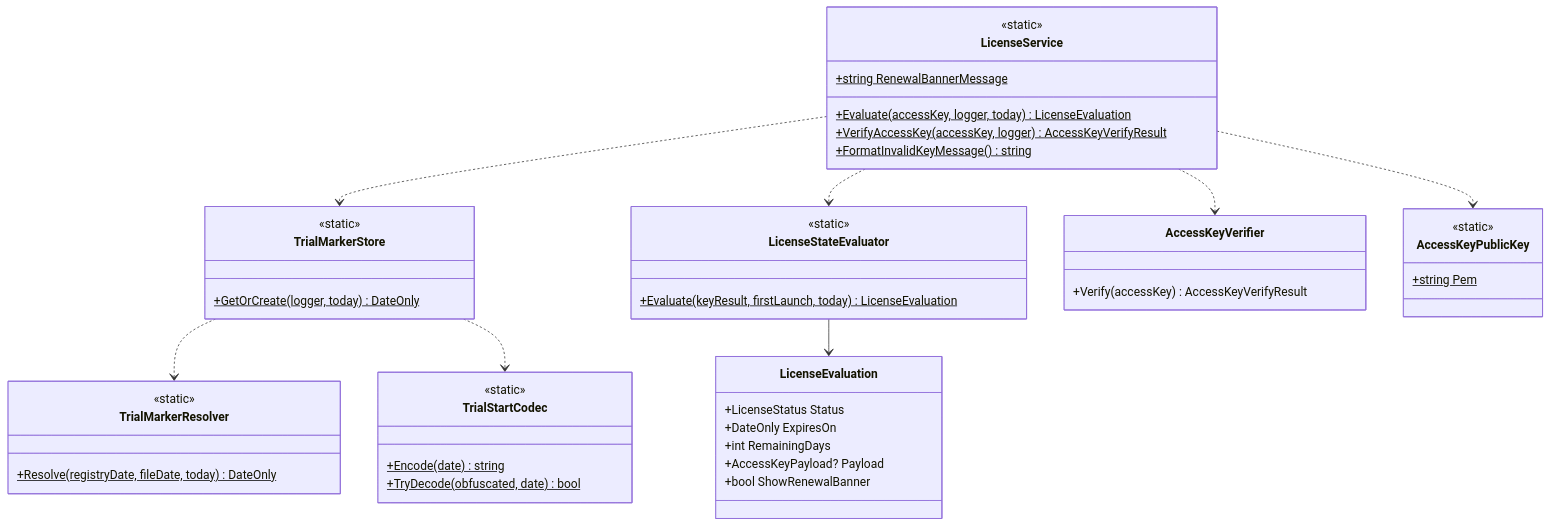
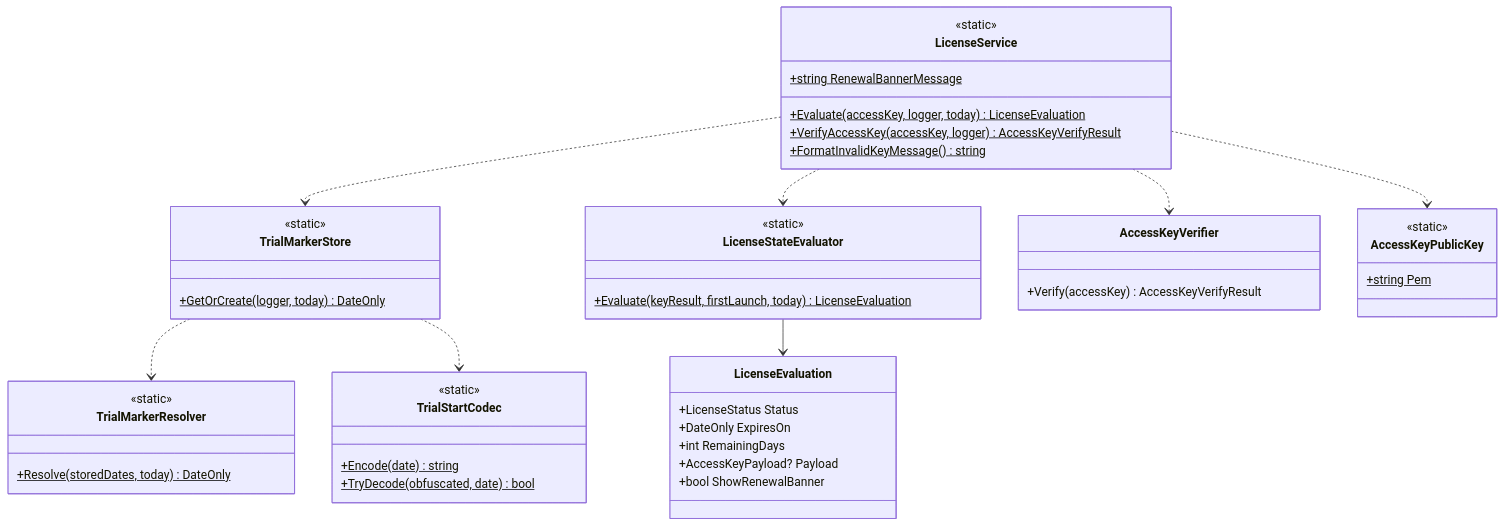
One commit to kamanori3/SimpleDigitalSignage changed the tenth of 10 diagrams in docs/クラス設計図.md. Above: the diagram before and after it, drawn with Mermaid. The commit also changed 14 other files, not shown here.

````diff
--- a/docs/クラス設計図.md
+++ b/docs/クラス設計図.md
@@ -728,49 +728,49 @@
 ```mermaid
 classDiagram
   class LicenseService {
     <<static>>
     +string RenewalBannerMessage$
     +Evaluate(accessKey, logger, today)$ LicenseEvaluation
     +VerifyAccessKey(accessKey, logger)$ AccessKeyVerifyResult
     +FormatInvalidKeyMessage()$ string
   }
   class TrialMarkerStore {
     <<static>>
     +GetOrCreate(logger, today)$ DateOnly
   }
   class LicenseStateEvaluator {
     <<static>>
     +Evaluate(keyResult, firstLaunch, today)$ LicenseEvaluation
   }
   class LicenseEvaluation {
     +LicenseStatus Status
     +DateOnly ExpiresOn
     +int RemainingDays
     +AccessKeyPayload? Payload
     +bool ShowRenewalBanner
   }
   class AccessKeyVerifier {
     +Verify(accessKey) AccessKeyVerifyResult
   }
   class AccessKeyPublicKey {
     <<static>>
     +string Pem$
   }
   class TrialMarkerResolver {
     <<static>>
-    +Resolve(registryDate, fileDate, today)$ DateOnly
+    +Resolve(storedDates, today)$ DateOnly
   }
   class TrialStartCodec {
     <<static>>
     +Encode(date)$ string
     +TryDecode(obfuscated, date)$ bool
   }
 
   LicenseService ..> TrialMarkerStore
   LicenseService ..> AccessKeyVerifier
   LicenseService ..> AccessKeyPublicKey
   LicenseService ..> LicenseStateEvaluator
   TrialMarkerStore ..> TrialMarkerResolver
   TrialMarkerStore ..> TrialStartCodec
   LicenseStateEvaluator --> LicenseEvaluation
 ```
````
